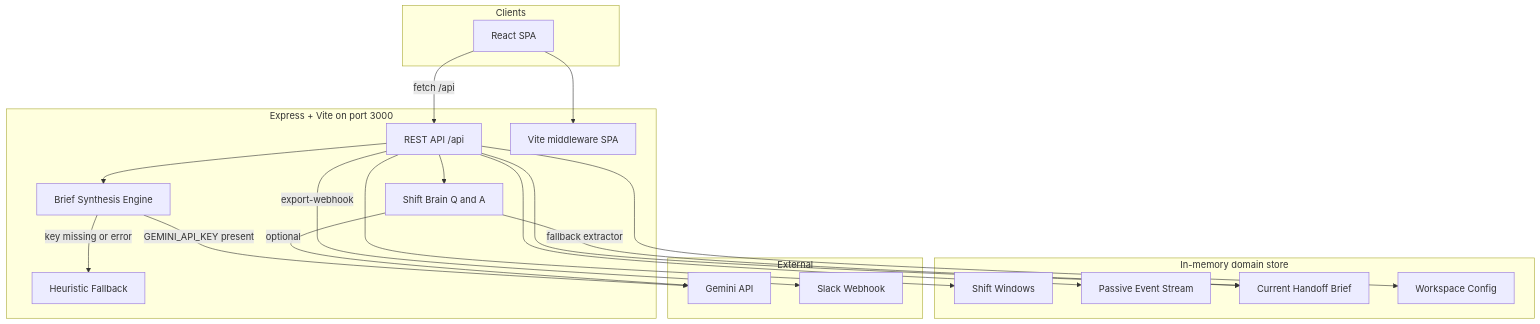
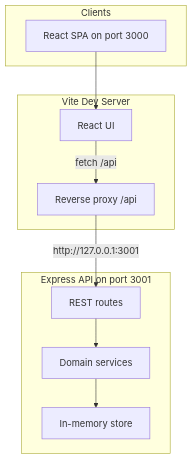
Before and after one commit to Harshit77l/Async-Plus: the first of 3 diagrams in README.md, drawn with Mermaid. The commit also changed other lines of this file and 18 other files, not shown here.

First line of the commit message:
feat: initialize backend server and API structure

````diff
--- a/README.md
+++ b/README.md
@@ -60,40 +54,23 @@
 ```mermaid
 flowchart TB
   subgraph Clients["Clients"]
-    Browser["React SPA"]
+    Browser["React SPA on port 3000"]
   end
 
-  subgraph Server["Express + Vite on port 3000"]
-    API["REST API /api"]
-    ViteMW["Vite middleware SPA"]
-    Synth["Brief Synthesis Engine"]
-    Heuristic["Heuristic Fallback"]
-    ShiftBrain["Shift Brain Q and A"]
+  subgraph Frontend["Vite Dev Server"]
+    UI["React UI"]
+    Proxy["Reverse proxy /api"]
   end
 
-  subgraph Data["In-memory domain store"]
-    Shifts["Shift Windows"]
-    Events["Passive Event Stream"]
-    Brief["Current Handoff Brief"]
-    Workspace["Workspace Config"]
+  subgraph Backend["Express API on port 3001"]
+    Routes["REST routes"]
+    Services["Domain services"]
+    Store["In-memory store"]
   end
 
-  subgraph External["External"]
-    Gemini["Gemini API"]
-    Slack["Slack Webhook"]
-  end
-
-  Browser -->|"fetch /api"| API
-  Browser --> ViteMW
-  API --> Shifts
-  API --> Events
-  API --> Brief
-  API --> Workspace
-  API --> Synth
-  API --> ShiftBrain
-  Synth -->|"GEMINI_API_KEY present"| Gemini
-  Synth -->|"key missing or error"| Heuristic
-  ShiftBrain -->|"optional"| Gemini
-  ShiftBrain -->|"fallback extractor"| Brief
-  API -->|"export-webhook"| Slack
+  Browser --> UI
+  UI -->|"fetch /api"| Proxy
+  Proxy -->|"http://127.0.0.1:3001"| Routes
+  Routes --> Services
+  Services --> Store
 ```
````
